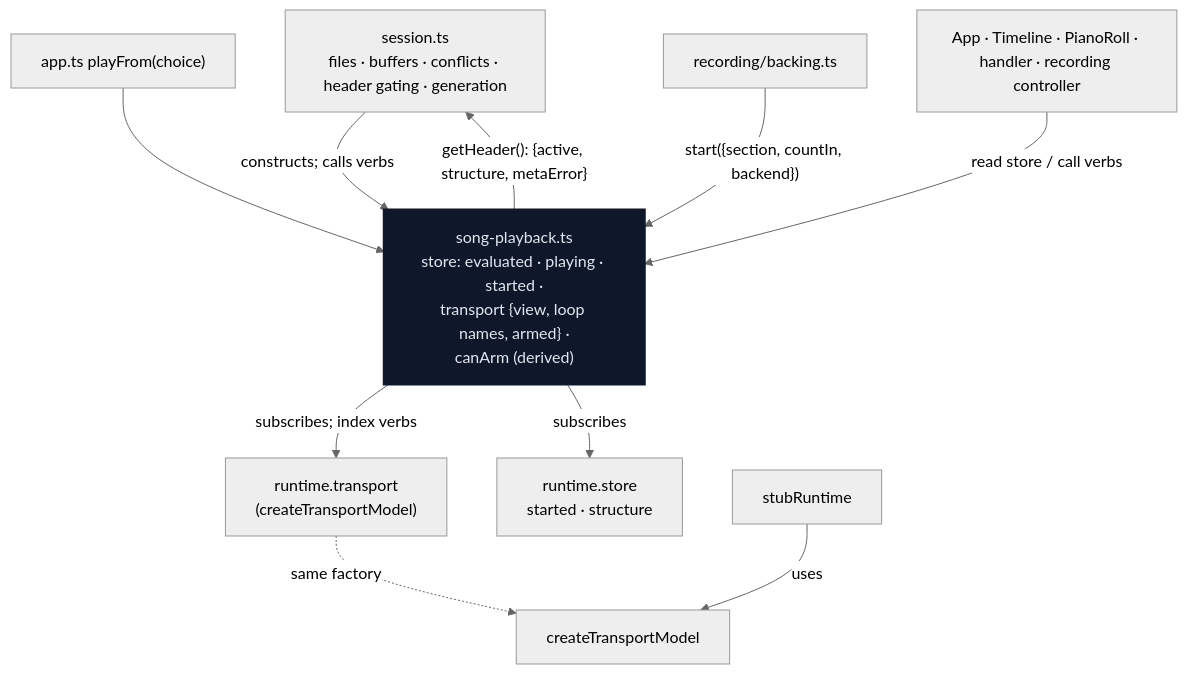
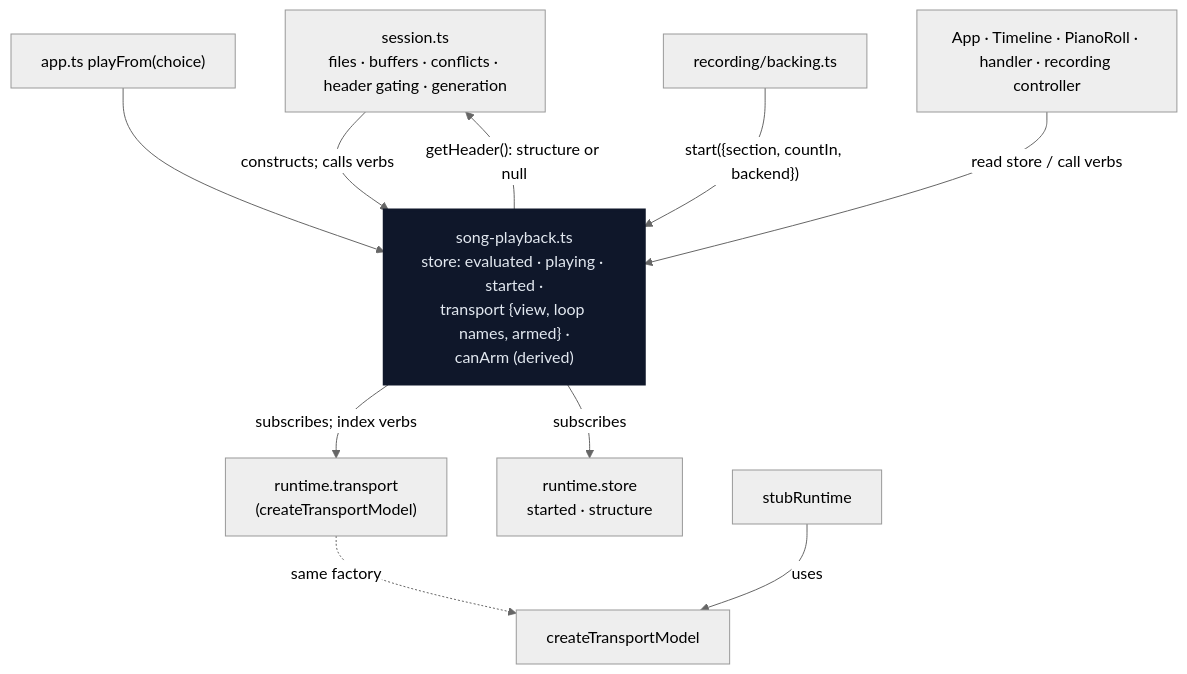
Before and after one commit to rudoi/strudeland: the diagram in plans/0114-song-playback-module.md, drawn with Mermaid (neutral theme). The commit also changed other lines of this file and 11 other files, not shown here.

````diff
--- a/plans/0114-song-playback-module.md
+++ b/plans/0114-song-playback-module.md
@@ -77,15 +77,15 @@
 ```mermaid
 flowchart TB
   S["session.ts<br/>files · buffers · conflicts · header gating · generation"] -->|"constructs; calls verbs"| P
   APP["app.ts playFrom(choice)"] --> P
   B["recording/backing.ts"] -->|"start({section, countIn, backend})"| P
   P["song-playback.ts<br/>store: evaluated · playing · started ·<br/>transport {view, loop names, armed} ·<br/>canArm (derived)"]
   P -->|"subscribes; index verbs"| T["runtime.transport<br/>(createTransportModel)"]
   P -->|subscribes| RS["runtime.store<br/>started · structure"]
-  P -->|"getHeader(): {active, structure, metaError}"| S
+  P -->|"getHeader(): structure or null"| S
   UI["App · Timeline · PianoRoll · handler · recording controller"] -->|"read store / call verbs"| P
   STUB["stubRuntime"] -->|uses| TM["createTransportModel"]
   T -.same factory.-> TM
   classDef deep fill:#0f172a,color:#e2e8f0,stroke:#0f172a,stroke-width:3px;
   class P deep
 ```
````
